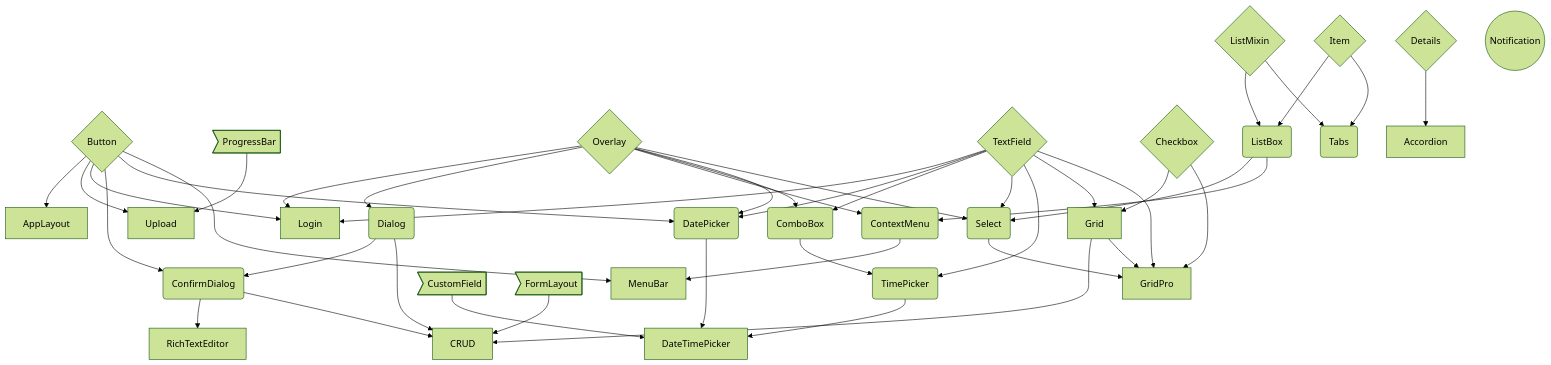
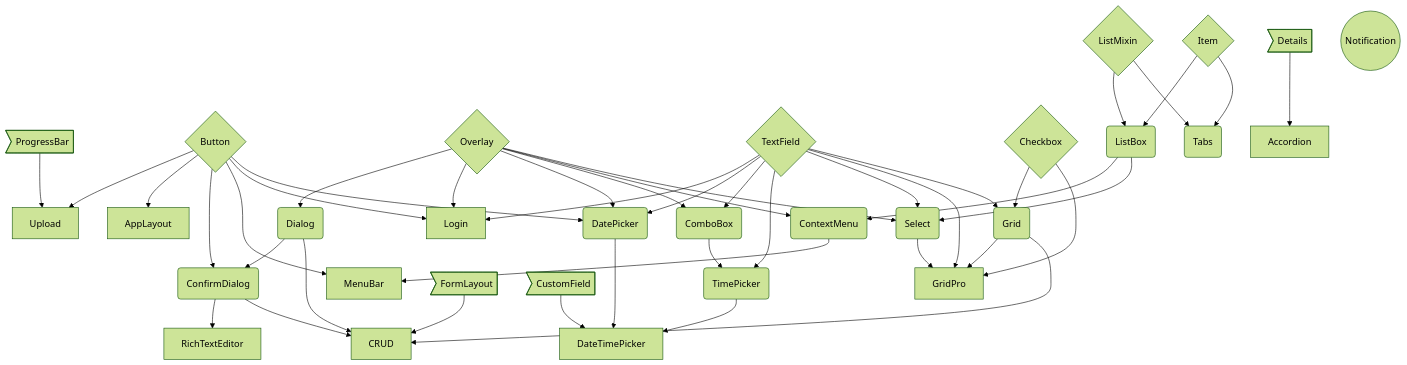
One commit to web-padawan/components-flowchart changed the diagram in COMPONENTS.md. Above: the diagram before and after it, drawn with Mermaid (forest theme). The commit also changed 1 other file, not shown here.

Commit message:
Reorder lines to improve chart appearance

````diff
--- a/COMPONENTS.md
+++ b/COMPONENTS.md
@@ -1,73 +1,73 @@
 ```mermaid
 graph TB
 
+PB>ProgressBar]
 B{Button}
-PB>ProgressBar]
 O{Overlay}
 T{TextField}
 C{Checkbox}
 
 I{Item}
-DT{Details}
+DT>Details]
 LM{ListMixin}
 N((Notification))
 
-B --> AL[AppLayout]
+PB --> U[Upload]
 
 B --> U[Upload]
-PB --> U
-
+B --> AL[AppLayout]
+B --> CD(ConfirmDialog)
+B --> MB[MenuBar]
 B --> LG[Login]
-O --> LG
-T --> LG
+B --> DP(DatePicker)
 
 CB --> TP(TimePicker)
 
 O --> D(Dialog)
+O --> LG
+O --> DP
+O --> CB(ComboBox)
 O --> CM(ContextMenu)
-O --> CB(ComboBox)
-O --> DP(DatePicker)
 O --> S(Select)
 
-D --> CD(ConfirmDialog)
-B --> CD
-
-B --> DP
+D --> CD
 
 LM --> LB(ListBox)
 LM --> TB(Tabs)
 
 I --> LB
 I --> TB
+LB --> CM
 LB --> S
-LB --> CM
 
+T --> LG
 T --> DP
 T --> CB
+T --> TP
 T --> S
-T --> TP
-T --> G(Grid)
+
+FL>FormLayout] --> CR[CRUD]
 
 CF>CustomField] --> DTP[DateTimePicker]
 DP --> DTP
 TP --> DTP
 
-C --> G[Grid]
-
 CD --> RTE[RichTextEditor]
 
-D --> CR[CRUD]
+S --> GP
+T --> GP
+
+C --> G(Grid)
+T --> G
+
+C --> GP
+
+CM --> MB
+
+DT --> A[Accordion]
+
+D --> CR
+G --> GP[GridPro]
 CD --> CR
 G --> CR
-FL>FormLayout] --> CR
-
-G --> GP[GridPro]
-S --> GP
-T --> GP
-C --> GP
-
-CM --> MB[MenuBar]
-B --> MB
-
-DT --> A[Accordion]
 ```
````
